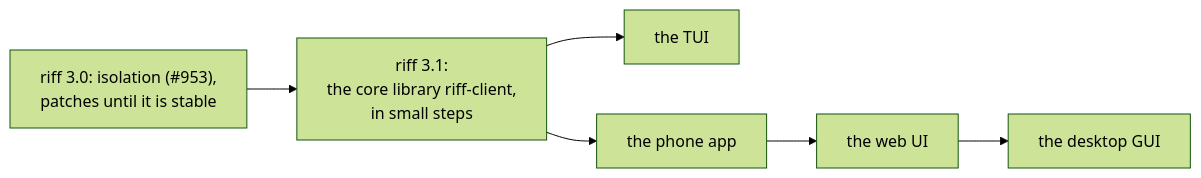
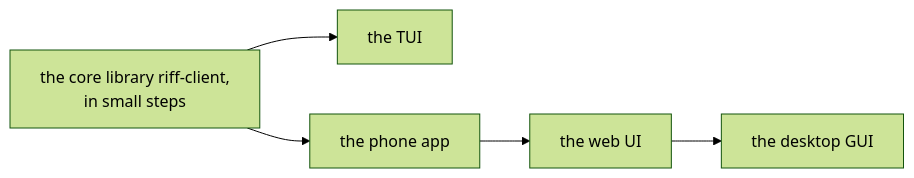
One commit to como-technologies/riff changed the fifth of 5 diagrams in docs/src/riff-uis.md. Above: the diagram before and after it, drawn with Mermaid (forest theme). The commit also changed other lines of this file and 43 other files, not shown here.

````diff
--- a/docs/src/riff-uis.md
+++ b/docs/src/riff-uis.md
@@ -206,8 +206,8 @@
 ```mermaid
 flowchart LR
-    A["riff 3.0: isolation (#953),<br/>patches until it is stable"] --> B["riff 3.1:<br/>the core library riff-client,<br/>in small steps"]
+    B["the core library riff-client,<br/>in small steps"]
     B --> TUI["the TUI"]
     B --> PH["the phone app"]
     PH --> WEB["the web UI"]
     WEB --> DT["the desktop GUI"]
 ```
````
